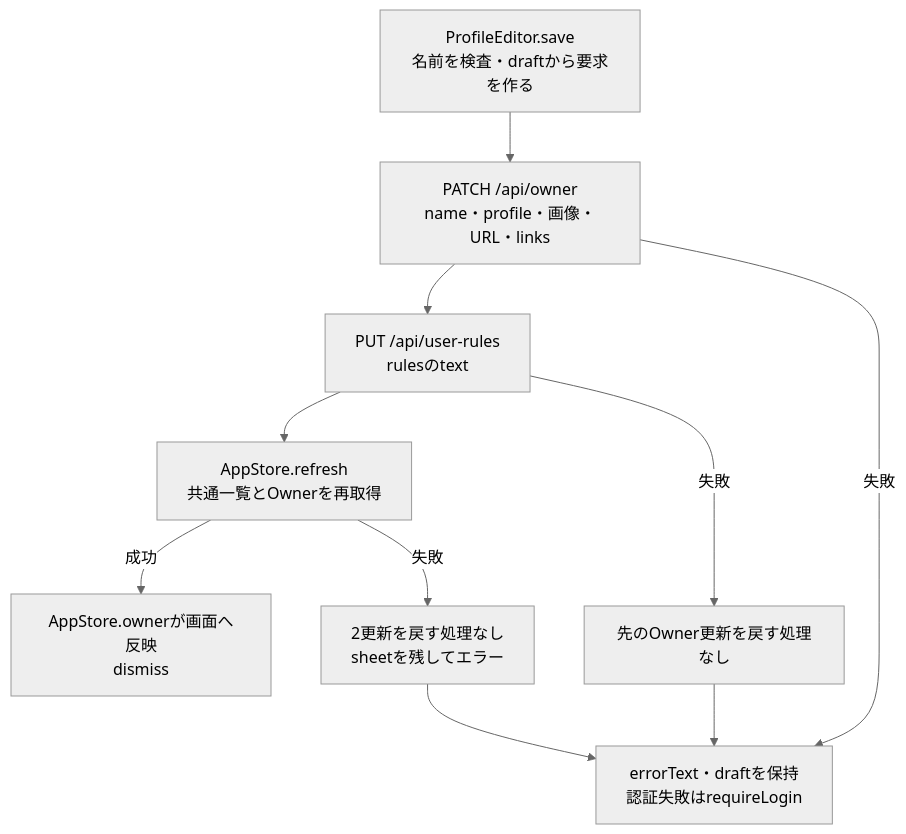
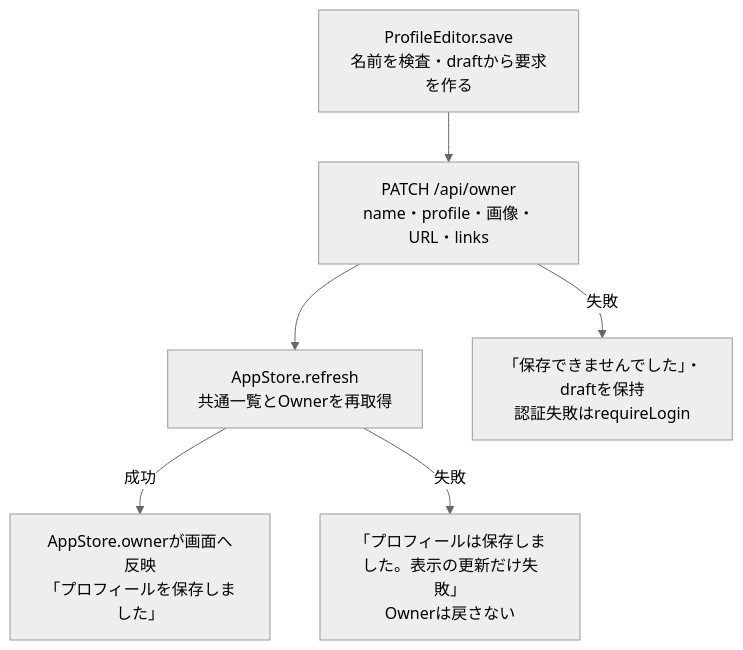
The second of 6 diagrams in docs/architecture/modules/apple/settings-and-profile.md (kitepon/BellTeam), drawn with Mermaid (neutral theme) before and after one commit. The commit also changed other lines of this file and 3 other files, not shown here.

````diff
--- a/docs/architecture/modules/apple/settings-and-profile.md
+++ b/docs/architecture/modules/apple/settings-and-profile.md
@@ -40,12 +45,8 @@
 ```mermaid
 flowchart TD
   Draft["ProfileEditor.save<br/>名前を検査・draftから要求を作る"] --> OwnerPatch["PATCH /api/owner<br/>name・profile・画像・URL・links"]
-  OwnerPatch --> Rules["PUT /api/user-rules<br/>rulesのtext"]
-  Rules --> Refresh["AppStore.refresh<br/>共通一覧とOwnerを再取得"]
-  Refresh -->|"成功"| Done["AppStore.ownerが画面へ反映<br/>dismiss"]
-  OwnerPatch -->|"失敗"| Error["errorText・draftを保持<br/>認証失敗はrequireLogin"]
-  Rules -->|"失敗"| Partial["先のOwner更新を戻す処理なし"]
-  Partial --> Error
-  Refresh -->|"失敗"| Saved["2更新を戻す処理なし<br/>sheetを残してエラー"]
-  Saved --> Error
+  OwnerPatch --> Refresh["AppStore.refresh<br/>共通一覧とOwnerを再取得"]
+  Refresh -->|"成功"| Done["AppStore.ownerが画面へ反映<br/>「プロフィールを保存しました」"]
+  OwnerPatch -->|"失敗"| Error["「保存できませんでした」・draftを保持<br/>認証失敗はrequireLogin"]
+  Refresh -->|"失敗"| Saved["「プロフィールは保存しました。表示の更新だけ失敗」<br/>Ownerは戻さない"]
 ```
````
